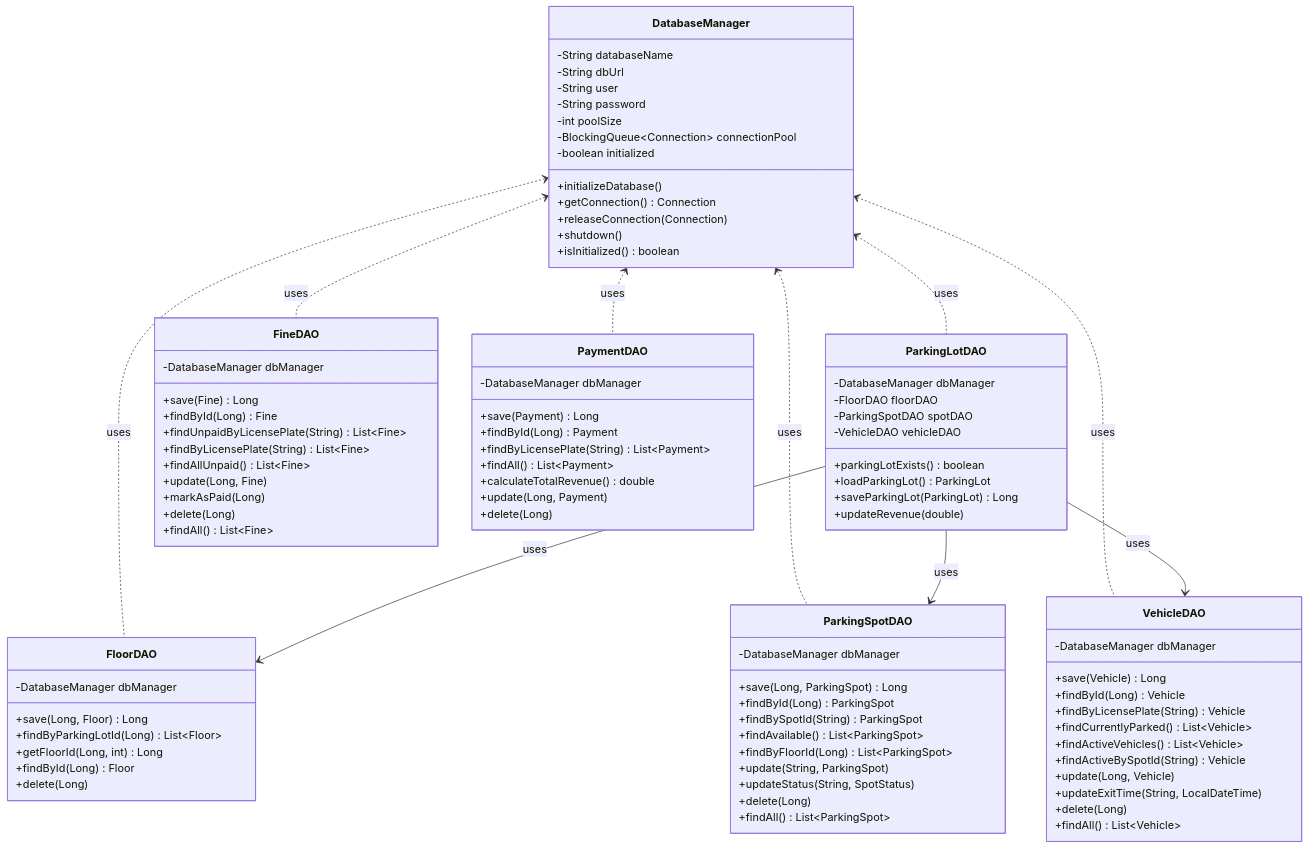
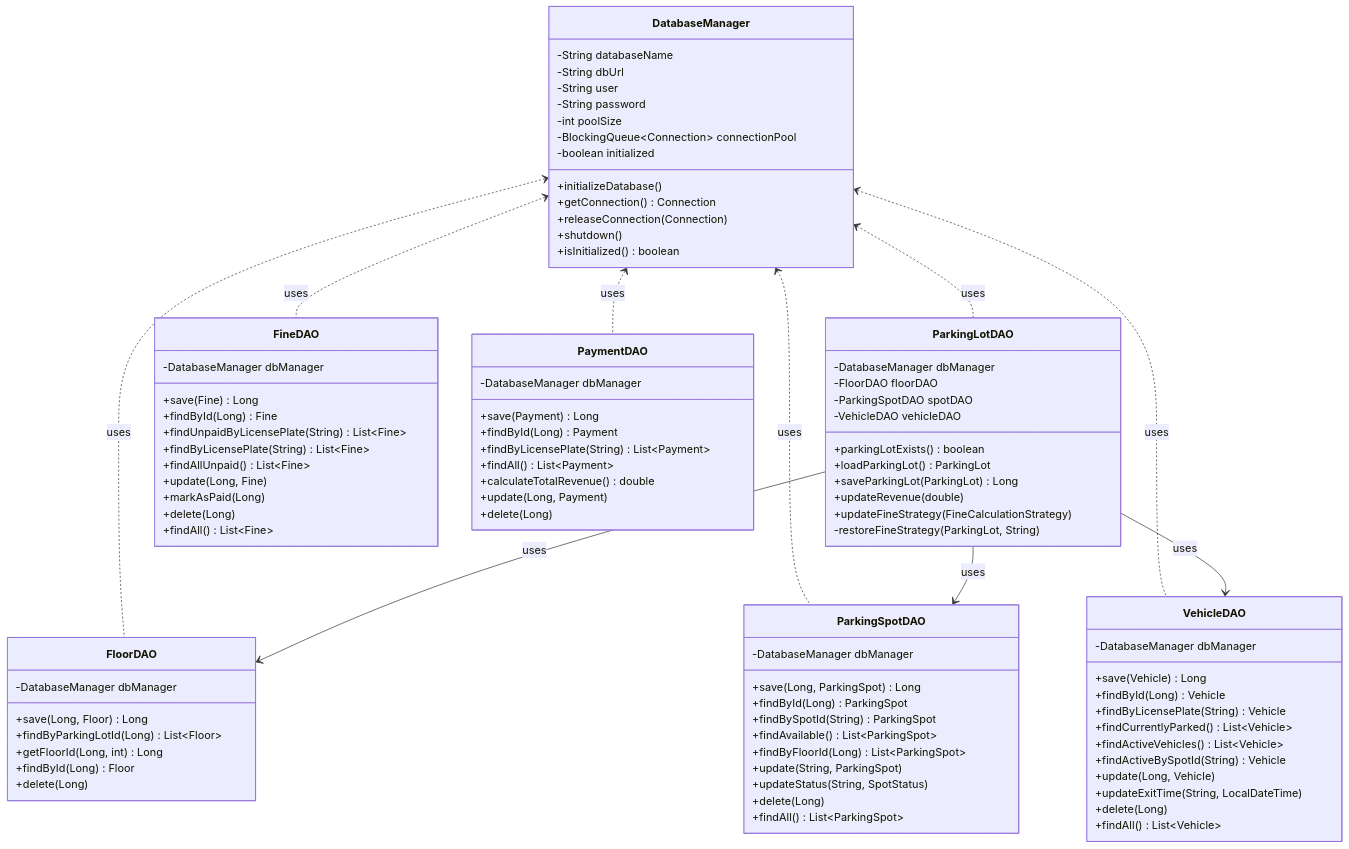
One commit to Jinyuanmak/OOAD-Assignment changed the second of 10 diagrams in UML_DIAGRAMS.md. Above: the diagram before and after it, drawn with Mermaid. The commit also changed 14 other files, not shown here.

```diff
--- a/UML_DIAGRAMS.md
+++ b/UML_DIAGRAMS.md
@@ -230,6 +230,8 @@
         +loadParkingLot() ParkingLot
         +saveParkingLot(ParkingLot) Long
         +updateRevenue(double)
+        +updateFineStrategy(FineCalculationStrategy)
+        -restoreFineStrategy(ParkingLot, String)
     }
 
     class FloorDAO {
```
